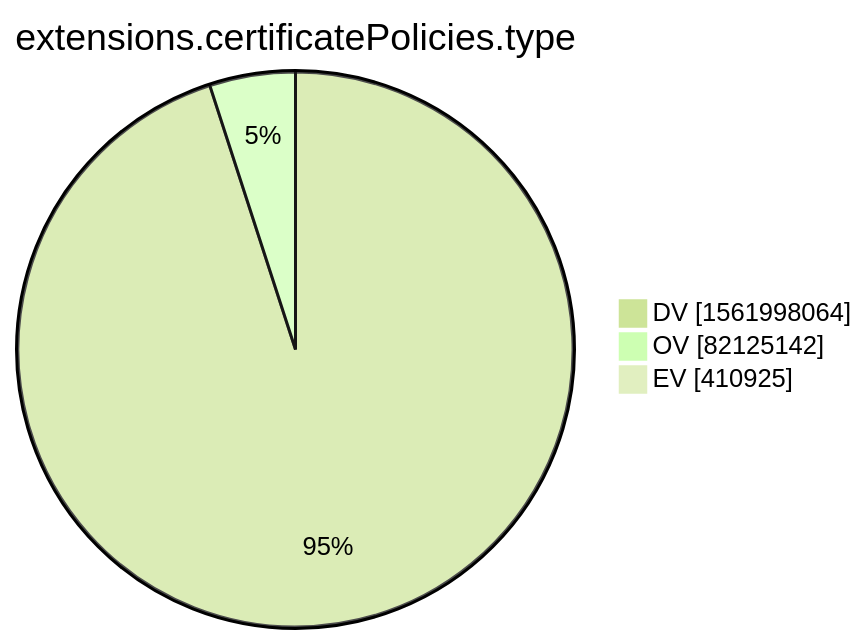
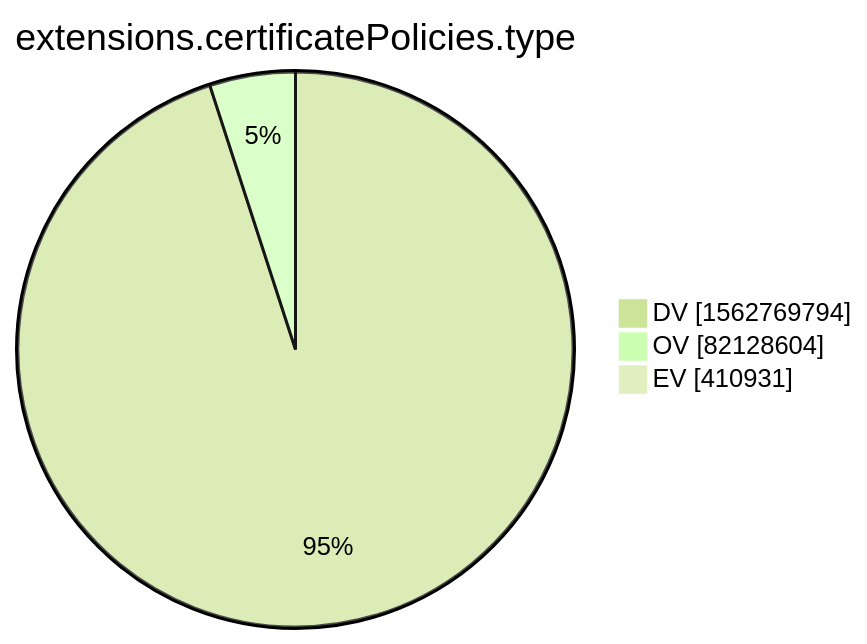
Before and after one commit to christiankrug/ctmonitor_visualization: the tenth of 15 diagrams in xenon2022/README.md, drawn with Mermaid (forest theme). The commit also changed other lines of this file, not shown here.

````diff
--- a/xenon2022/README.md
+++ b/xenon2022/README.md
@@ -2876,7 +2876,7 @@
 ```mermaid
 pie showData
 title extensions.certificatePolicies.type
-"DV" :1561998064
-"OV" :82125142
-"EV" :410925
+"DV" :1562769794
+"OV" :82128604
+"EV" :410931
 ```
````
